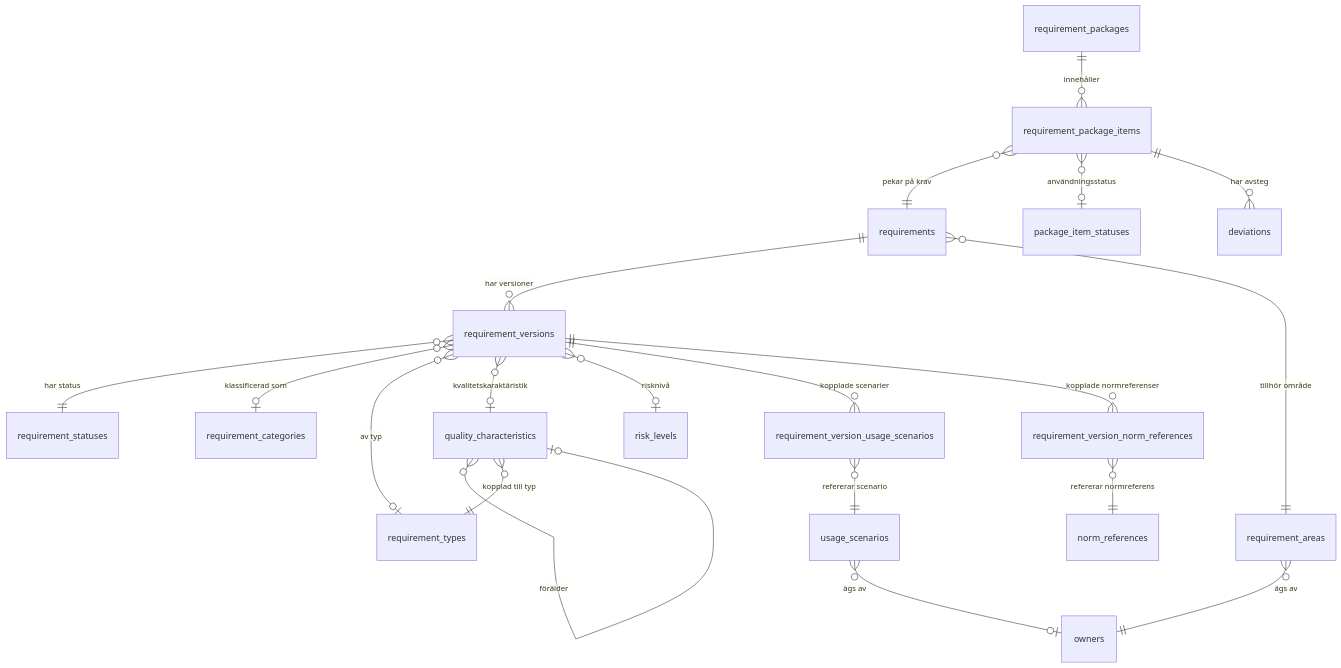
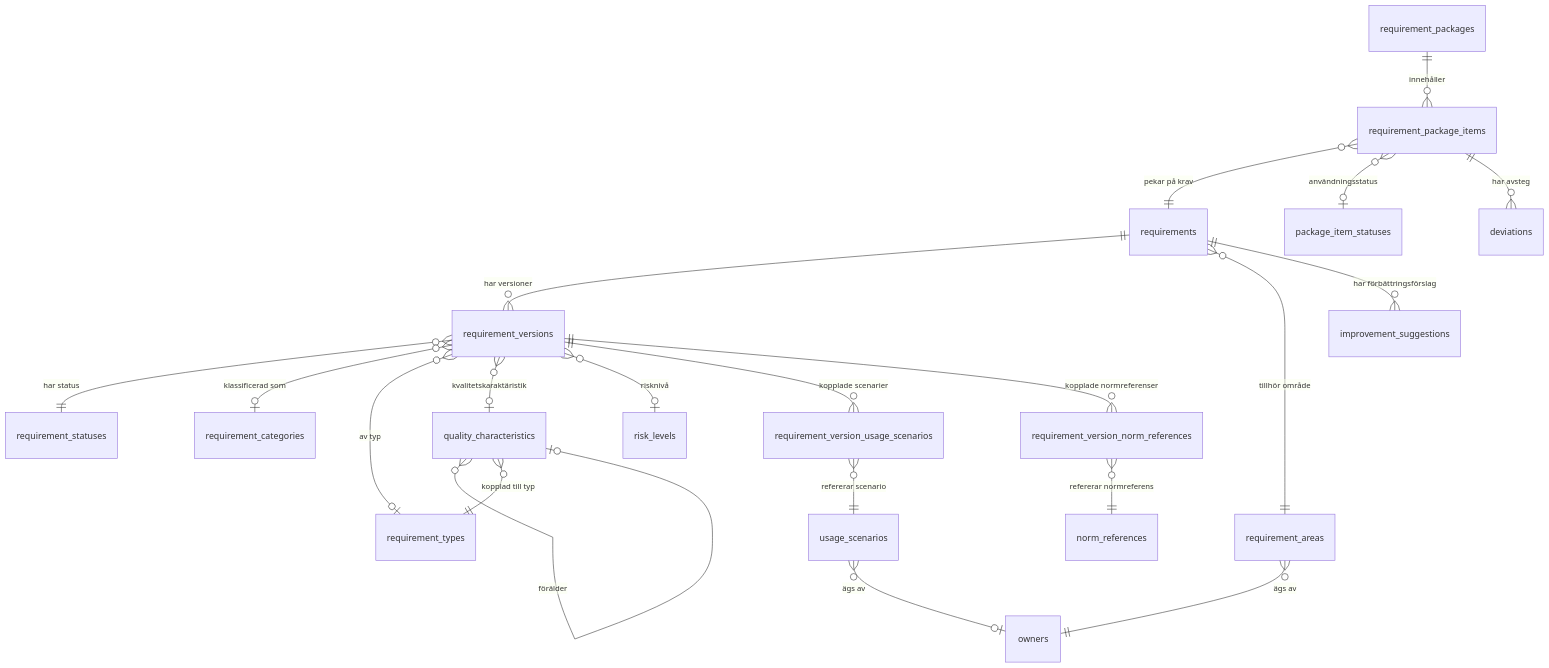
The sixth of 6 diagrams in docs/arkitekturbeskrivning-kravhantering.md (viscalyx/Kravhantering), drawn with Mermaid before and after one commit. The commit also changed other lines of this file and 53 other files, not shown here.

First line of the commit message:
feat: add improvement suggestions feature

````diff
--- a/docs/arkitekturbeskrivning-kravhantering.md
+++ b/docs/arkitekturbeskrivning-kravhantering.md
@@ -627,22 +652,23 @@
 ```mermaid
 erDiagram
     requirements ||--o{ requirement_versions : "har versioner"
     requirements }o--|| requirement_areas : "tillhör område"
     requirement_versions }o--|| requirement_statuses : "har status"
     requirement_versions }o--o| requirement_categories : "klassificerad som"
     requirement_versions }o--o| requirement_types : "av typ"
     requirement_versions }o--o| quality_characteristics : "kvalitetskaraktäristik"
     requirement_versions }o--o| risk_levels : "risknivå"
     requirement_versions ||--o{ requirement_version_usage_scenarios : "kopplade scenarier"
     requirement_version_usage_scenarios }o--|| usage_scenarios : "refererar scenario"
     requirement_versions ||--o{ requirement_version_norm_references : "kopplade normreferenser"
     requirement_version_norm_references }o--|| norm_references : "refererar normreferens"
     requirement_areas }o--|| owners : "ägs av"
     usage_scenarios }o--o| owners : "ägs av"
     quality_characteristics }o--o| quality_characteristics : "förälder"
     quality_characteristics }o--|| requirement_types : "kopplad till typ"
     requirement_packages ||--o{ requirement_package_items : "innehåller"
     requirement_package_items }o--|| requirements : "pekar på krav"
     requirement_package_items }o--o| package_item_statuses : "användningsstatus"
     requirement_package_items ||--o{ deviations : "har avsteg"
+    requirements ||--o{ improvement_suggestions : "har förbättringsförslag"
 ```
````
